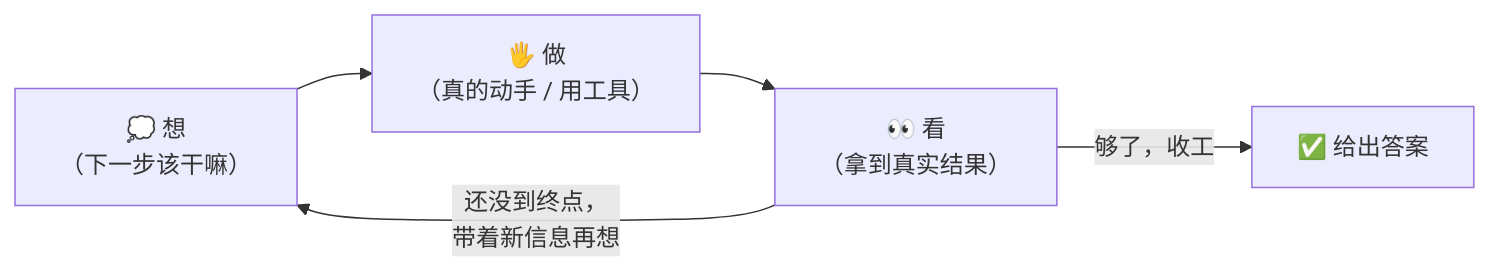
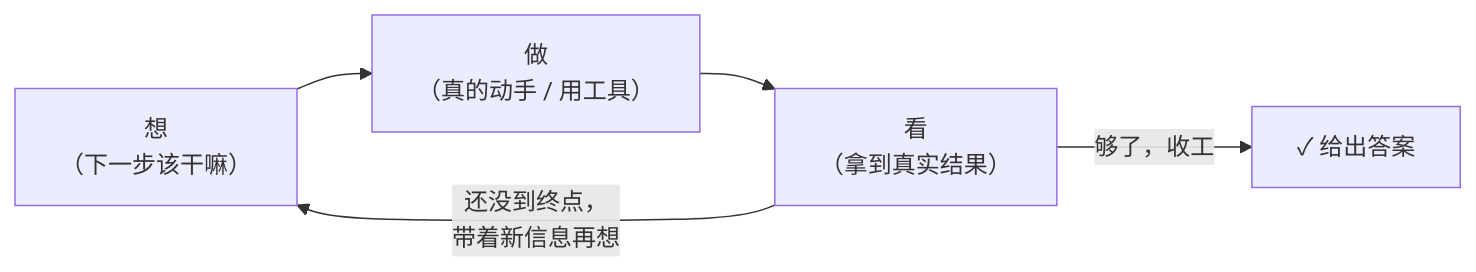
Before and after one commit to luckykhy/KhyAiHub: the second of 6 diagrams in docs/02_CONCEPTS_概念入门/CONCEPT/[CONCEPT-19] 什么是ReAct-智能体推理模式.md, drawn with Mermaid. The commit also changed other lines of this file and 19 other files, not shown here.

````diff
--- a/docs/02_CONCEPTS_概念入门/CONCEPT/[CONCEPT-19] 什么是ReAct-智能体推理模式.md
+++ b/docs/02_CONCEPTS_概念入门/CONCEPT/[CONCEPT-19] 什么是ReAct-智能体推理模式.md
@@ -72,7 +72,7 @@
 ```mermaid
 flowchart LR
-  T["💭 想<br/>（下一步该干嘛）"] --> A["🖐️ 做<br/>（真的动手 / 用工具）"]
-  A --> O["👀 看<br/>（拿到真实结果）"]
+  T["想<br/>（下一步该干嘛）"] --> A["做<br/>（真的动手 / 用工具）"]
+  A --> O["看<br/>（拿到真实结果）"]
   O -->|"还没到终点，<br/>带着新信息再想"| T
-  O -->|"够了，收工"| DONE["✅ 给出答案"]
+  O -->|"够了，收工"| DONE["✓ 给出答案"]
 ```
````
